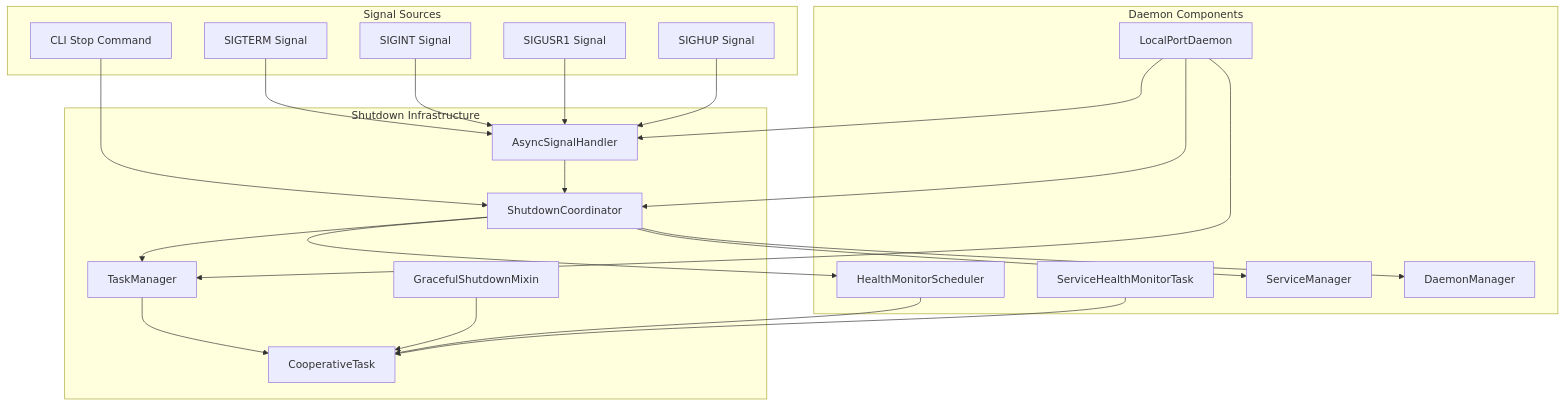
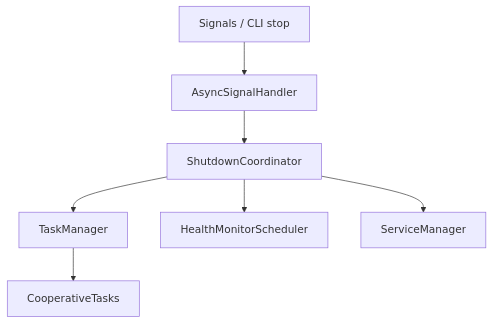
The fifth of 5 diagrams in docs/architecture.md (dawsonlp/localport), drawn with Mermaid before and after one commit. The commit also changed other lines of this file and 7 other files, not shown here.

````diff
--- a/docs/architecture.md
+++ b/docs/architecture.md
@@ -465,47 +391,9 @@
 ```mermaid
 graph TB
-    subgraph "Signal Sources"
-        SIGTERM[SIGTERM Signal]
-        SIGINT[SIGINT Signal]
-        SIGUSR1[SIGUSR1 Signal]
-        SIGHUP[SIGHUP Signal]
-        CLI_STOP[CLI Stop Command]
-    end
-    
-    subgraph "Shutdown Infrastructure"
-        ASH[AsyncSignalHandler]
-        TM[TaskManager]
-        SC[ShutdownCoordinator]
-        GSM[GracefulShutdownMixin]
-        CT[CooperativeTask]
-    end
-    
-    subgraph "Daemon Components"
-        LD[LocalPortDaemon]
-        HMS[HealthMonitorScheduler]
-        SHMT[ServiceHealthMonitorTask]
-        SM[ServiceManager]
-        DM[DaemonManager]
-    end
-    
-    SIGTERM --> ASH
-    SIGINT --> ASH
-    SIGUSR1 --> ASH
-    SIGHUP --> ASH
-    CLI_STOP --> SC
-    
-    ASH --> SC
-    SC --> TM
-    TM --> CT
-    GSM --> CT
-    
-    LD --> ASH
-    LD --> TM
-    LD --> SC
-    HMS --> CT
-    SHMT --> CT
-    
-    SC --> HMS
-    SC --> SM
-    SC --> DM
+    SIG[Signals / CLI stop] --> ASH[AsyncSignalHandler]
+    ASH --> SC[ShutdownCoordinator]
+    SC --> TM[TaskManager]
+    TM --> CT[CooperativeTasks]
+    SC --> HMS[HealthMonitorScheduler]
+    SC --> SM[ServiceManager]
 ```
````
